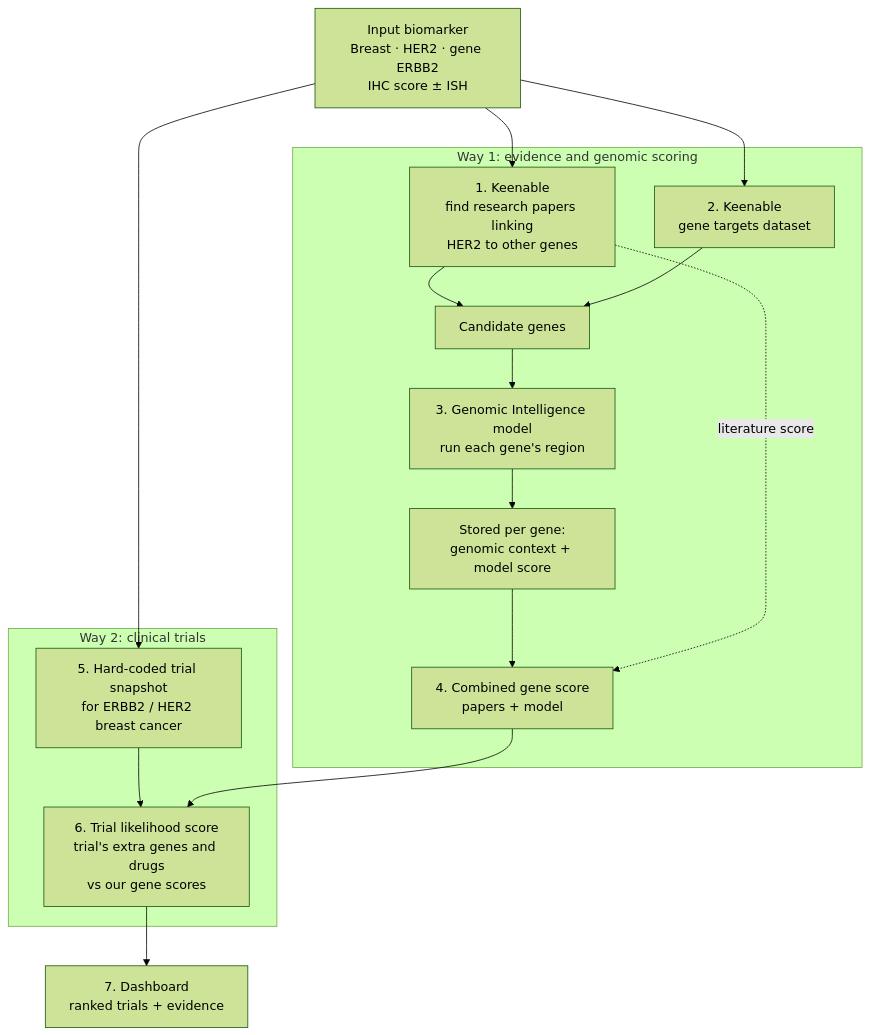
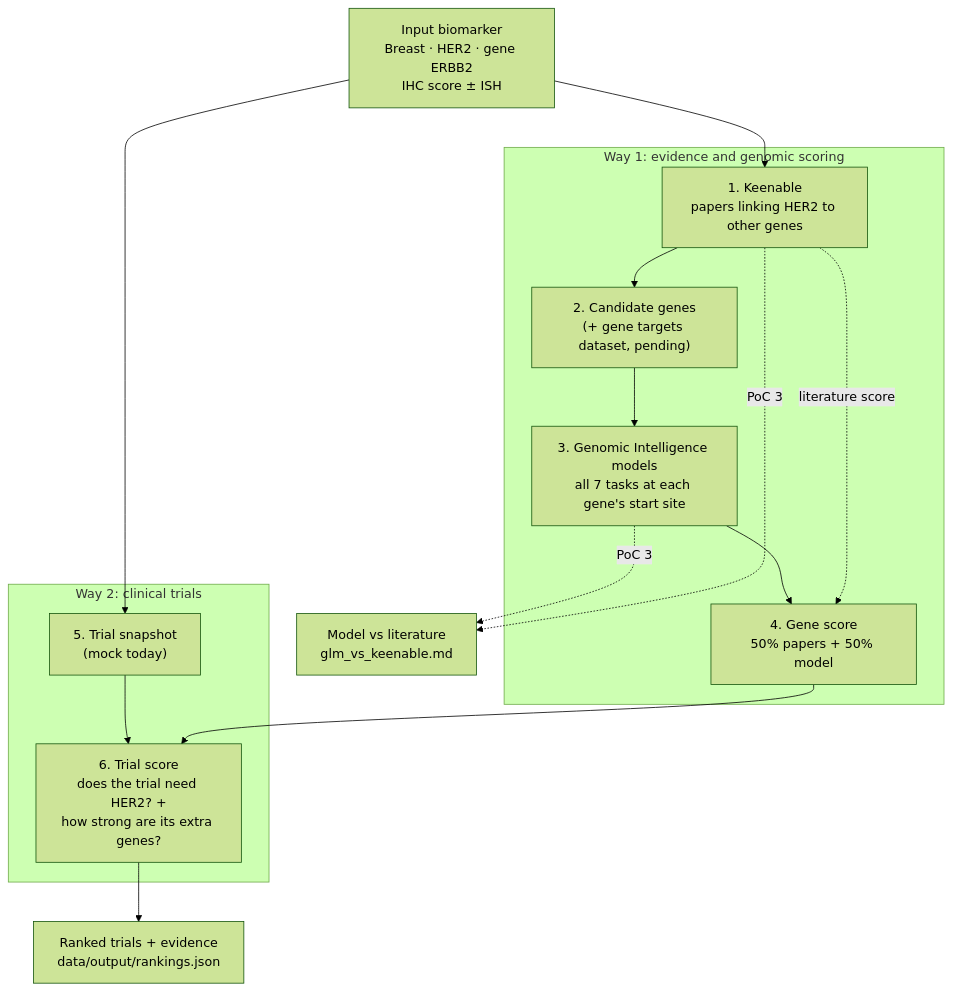
Before and after one commit to Contactashmeetsingh/B5-hackers: the diagram in README.md, drawn with Mermaid (forest theme). The commit also changed other lines of this file and 8 other files, not shown here.

First line of the commit message:
Docs: README as front door for the proof-of-concept phase, add PoC 3 (GLM vs Keenable)

````diff
--- a/README.md
+++ b/README.md
@@ -11,29 +54,26 @@
 ```mermaid
 flowchart TD
     IN["Input biomarker<br/>Breast · HER2 · gene ERBB2<br/>IHC score ± ISH"]
 
     subgraph W1["Way 1: evidence and genomic scoring"]
-        P["1. Keenable<br/>find research papers linking<br/>HER2 to other genes"]
-        G["2. Keenable<br/>gene targets dataset"]
-        C["Candidate genes"]
-        M["3. Genomic Intelligence model<br/>run each gene's region"]
-        S1["Stored per gene:<br/>genomic context + model score"]
-        GS["4. Combined gene score<br/>papers + model"]
-        P --> C
-        G --> C
-        C --> M --> S1 --> GS
+        P["1. Keenable<br/>papers linking HER2 to other genes"]
+        G["2. Candidate genes<br/>(+ gene targets dataset, pending)"]
+        M["3. Genomic Intelligence models<br/>all 7 tasks at each gene's start site"]
+        GS["4. Gene score<br/>50% papers + 50% model"]
+        P --> G --> M --> GS
         P -. "literature score" .-> GS
     end
 
     subgraph W2["Way 2: clinical trials"]
-        T["5. Hard-coded trial snapshot<br/>for ERBB2 / HER2 breast cancer"]
-        TS["6. Trial likelihood score<br/>trial's extra genes and drugs<br/>vs our gene scores"]
+        T["5. Trial snapshot<br/>(mock today)"]
+        TS["6. Trial score<br/>does the trial need HER2? +<br/>how strong are its extra genes?"]
         T --> TS
     end
 
     IN --> P
-    IN --> G
     IN --> T
     GS --> TS
-    TS --> D["7. Dashboard<br/>ranked trials + evidence"]
+    TS --> R["Ranked trials + evidence<br/>data/output/rankings.json"]
+    M -. "PoC 3" .-> CMP["Model vs literature<br/>glm_vs_keenable.md"]
+    P -. "PoC 3" .-> CMP
 ```
````
